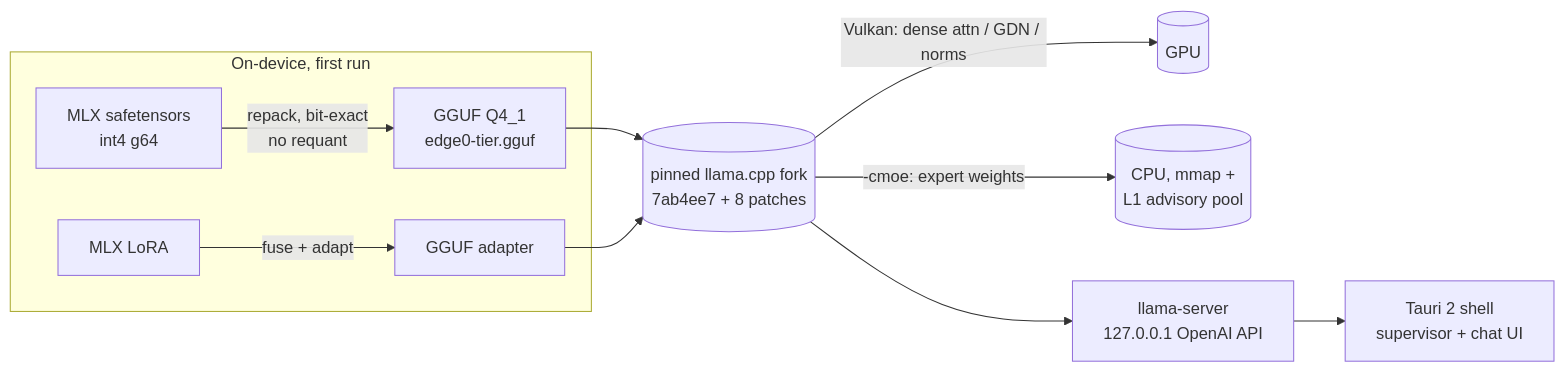
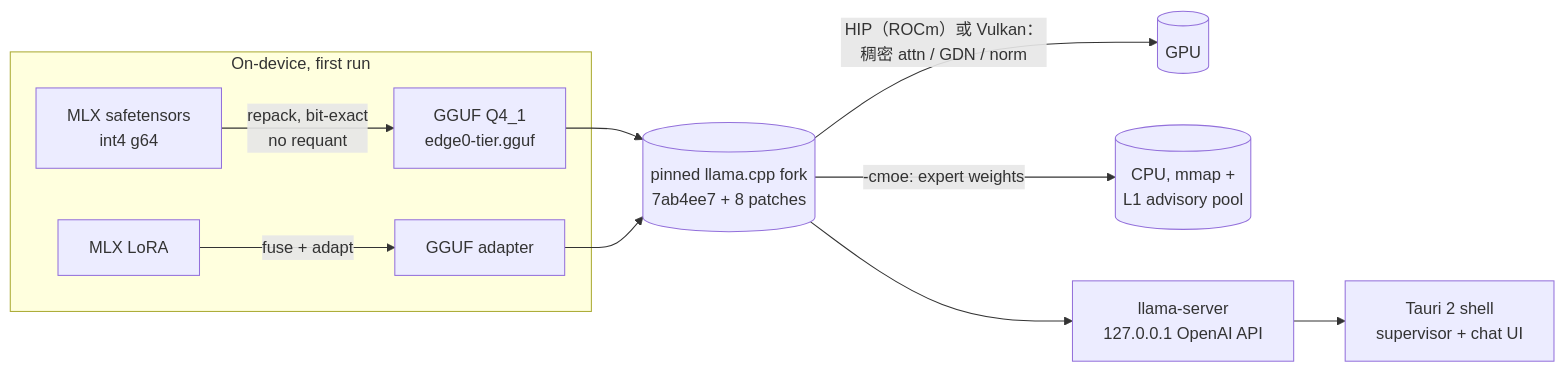
The first of 2 diagrams in windows/README_zh.md (Edge0-AI/Edge0), drawn with Mermaid before and after one commit. The commit also changed other lines of this file and 25 other files, not shown here.

````diff
--- a/windows/README_zh.md
+++ b/windows/README_zh.md
@@ -136,13 +141,13 @@
 ```mermaid
 flowchart LR
   subgraph ondevice ["On-device, first run"]
     A[MLX safetensors<br/>int4 g64] -->|repack, bit-exact<br/>no requant| B[GGUF Q4_1<br/>edge0-tier.gguf]
     A2[MLX LoRA] -->|fuse + adapt| B2[GGUF adapter]
   end
   B --> C[("pinned llama.cpp fork<br/>7ab4ee7 + 8 patches")]
   B2 --> C
-  C -->|Vulkan: dense attn / GDN / norms| D[(GPU)]
+  C -->|HIP（ROCm）或 Vulkan：稠密 attn / GDN / norm| D[(GPU)]
   C -->|"-cmoe: expert weights"| E[(CPU, mmap +<br/>L1 advisory pool)]
   C --> F[llama-server<br/>127.0.0.1 OpenAI API]
   F --> G[Tauri 2 shell<br/>supervisor + chat UI]
 ```
````
